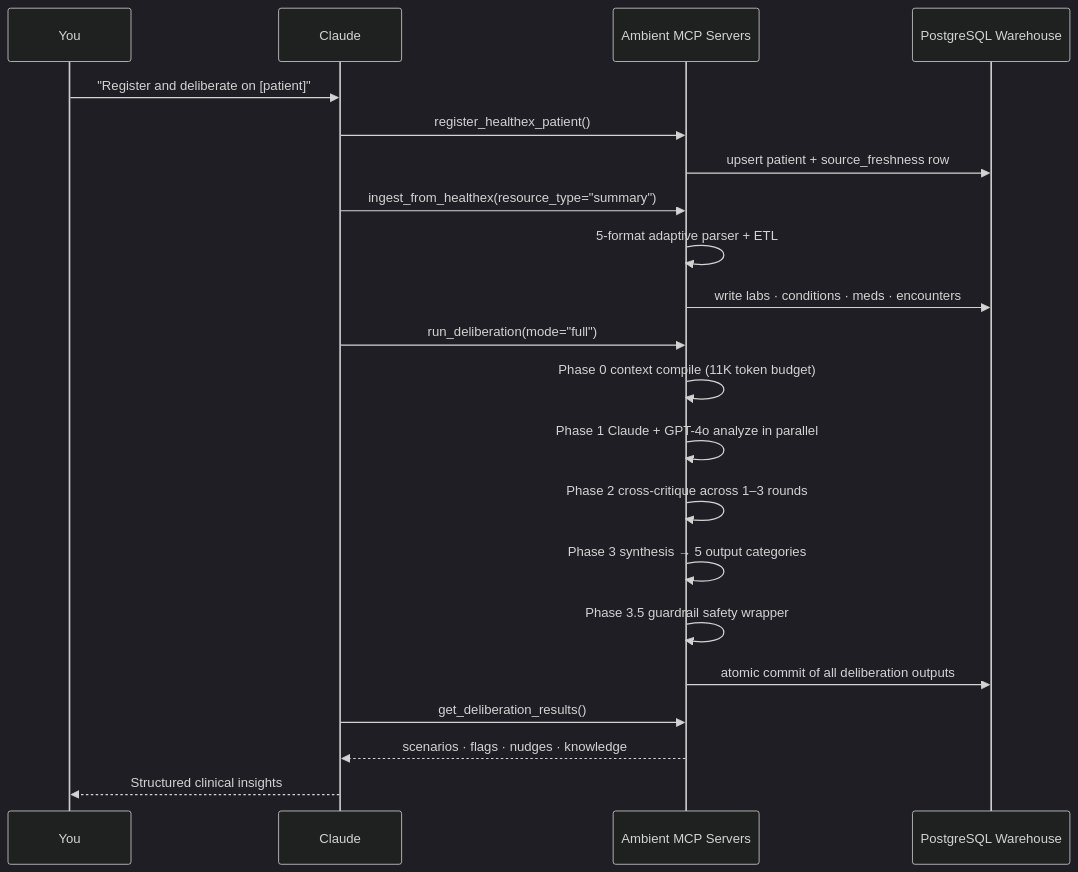
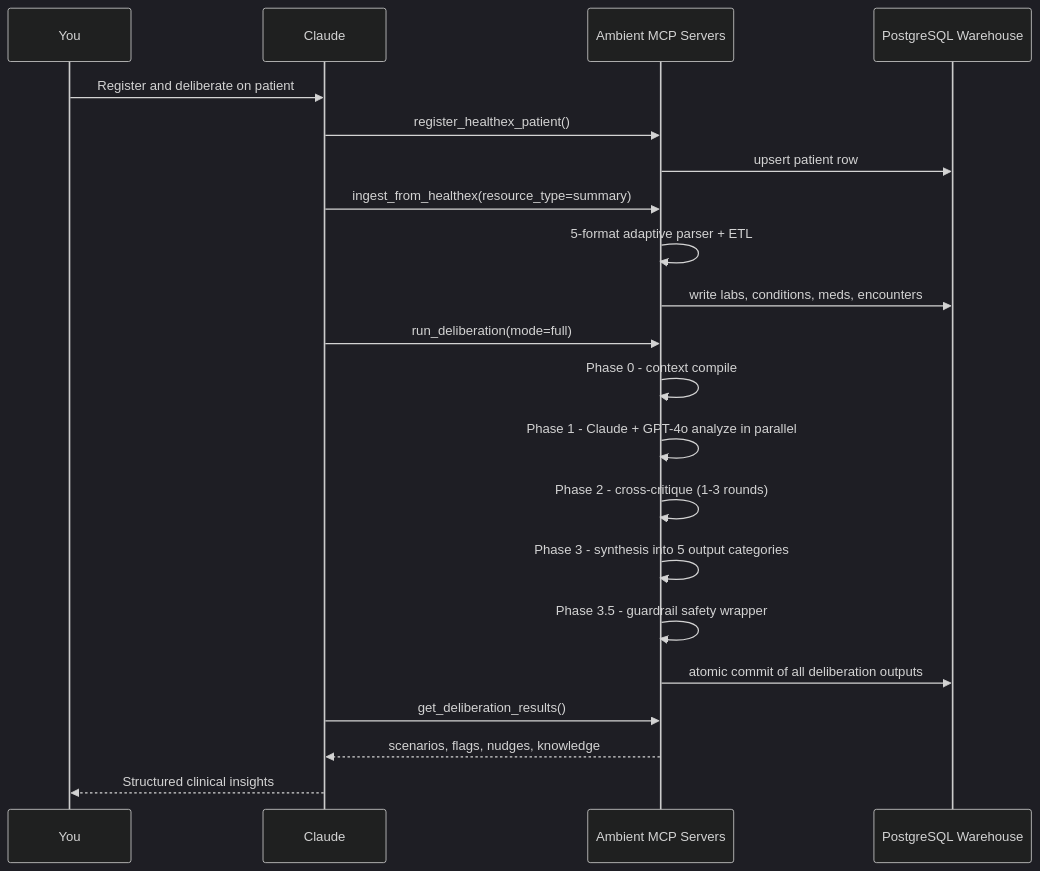
The first of 8 diagrams in README.md (aliomraniH/ambient-patient-companion), drawn with Mermaid (dark theme) before and after one commit. The commit also changed other lines of this file and 2 other files, not shown here.

First line of the commit message:
Fix broken visuals and update system architecture screenshot

````diff
--- a/README.md
+++ b/README.md
@@ -165,24 +165,24 @@
 ```mermaid
 sequenceDiagram
-    participant You
-    participant Claude
-    participant Ambient as Ambient MCP Servers
+    participant You as You
+    participant Claude as Claude
+    participant MCP as Ambient MCP Servers
     participant DB as PostgreSQL Warehouse
 
-    You->>Claude: "Register and deliberate on [patient]"
-    Claude->>Ambient: register_healthex_patient()
-    Ambient->>DB: upsert patient + source_freshness row
-    Claude->>Ambient: ingest_from_healthex(resource_type="summary")
-    Ambient->>Ambient: 5-format adaptive parser + ETL
-    Ambient->>DB: write labs · conditions · meds · encounters
-    Claude->>Ambient: run_deliberation(mode="full")
-    Ambient->>Ambient: Phase 0 context compile (11K token budget)
-    Ambient->>Ambient: Phase 1 Claude + GPT-4o analyze in parallel
-    Ambient->>Ambient: Phase 2 cross-critique across 1–3 rounds
-    Ambient->>Ambient: Phase 3 synthesis → 5 output categories
-    Ambient->>Ambient: Phase 3.5 guardrail safety wrapper
-    Ambient->>DB: atomic commit of all deliberation outputs
-    Claude->>Ambient: get_deliberation_results()
-    Ambient-->>Claude: scenarios · flags · nudges · knowledge
+    You->>Claude: Register and deliberate on patient
+    Claude->>MCP: register_healthex_patient()
+    MCP->>DB: upsert patient row
+    Claude->>MCP: ingest_from_healthex(resource_type=summary)
+    MCP->>MCP: 5-format adaptive parser + ETL
+    MCP->>DB: write labs, conditions, meds, encounters
+    Claude->>MCP: run_deliberation(mode=full)
+    MCP->>MCP: Phase 0 - context compile
+    MCP->>MCP: Phase 1 - Claude + GPT-4o analyze in parallel
+    MCP->>MCP: Phase 2 - cross-critique (1-3 rounds)
+    MCP->>MCP: Phase 3 - synthesis into 5 output categories
+    MCP->>MCP: Phase 3.5 - guardrail safety wrapper
+    MCP->>DB: atomic commit of all deliberation outputs
+    Claude->>MCP: get_deliberation_results()
+    MCP-->>Claude: scenarios, flags, nudges, knowledge
     Claude-->>You: Structured clinical insights
 ```
````
